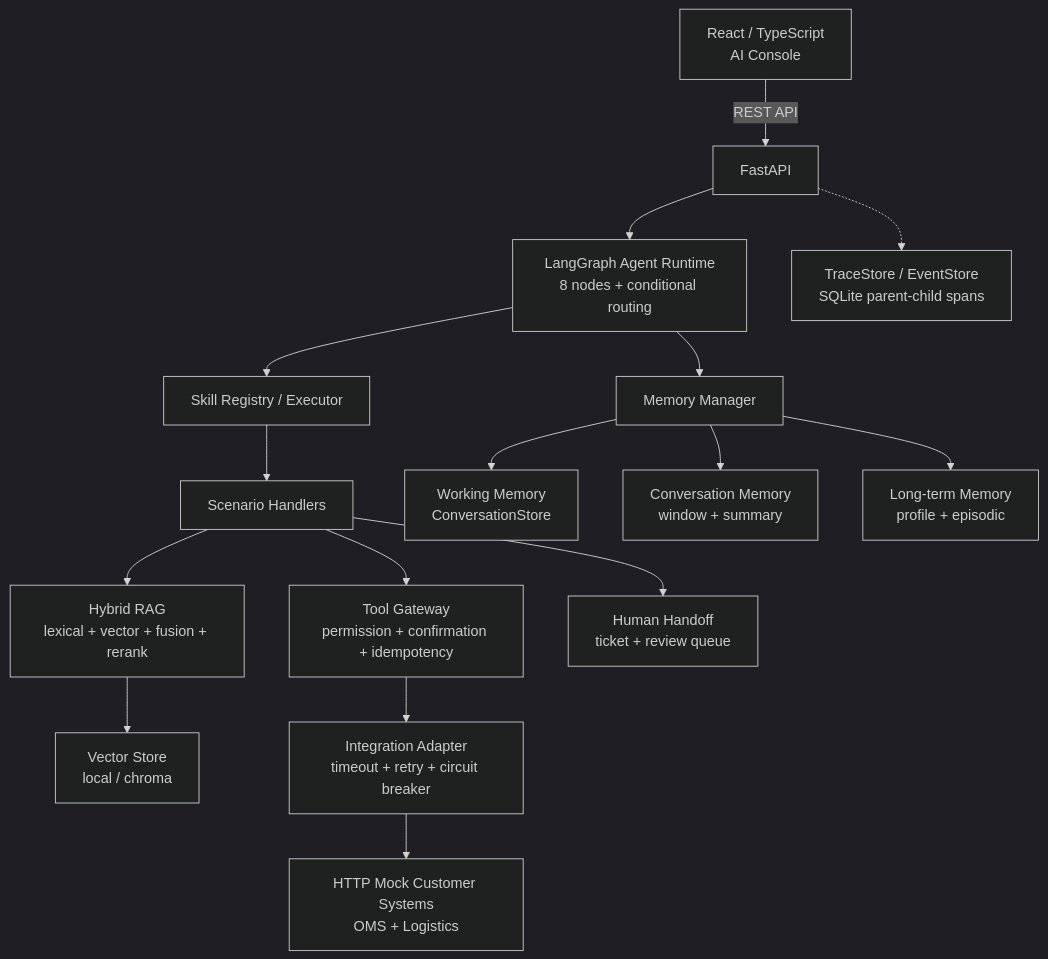
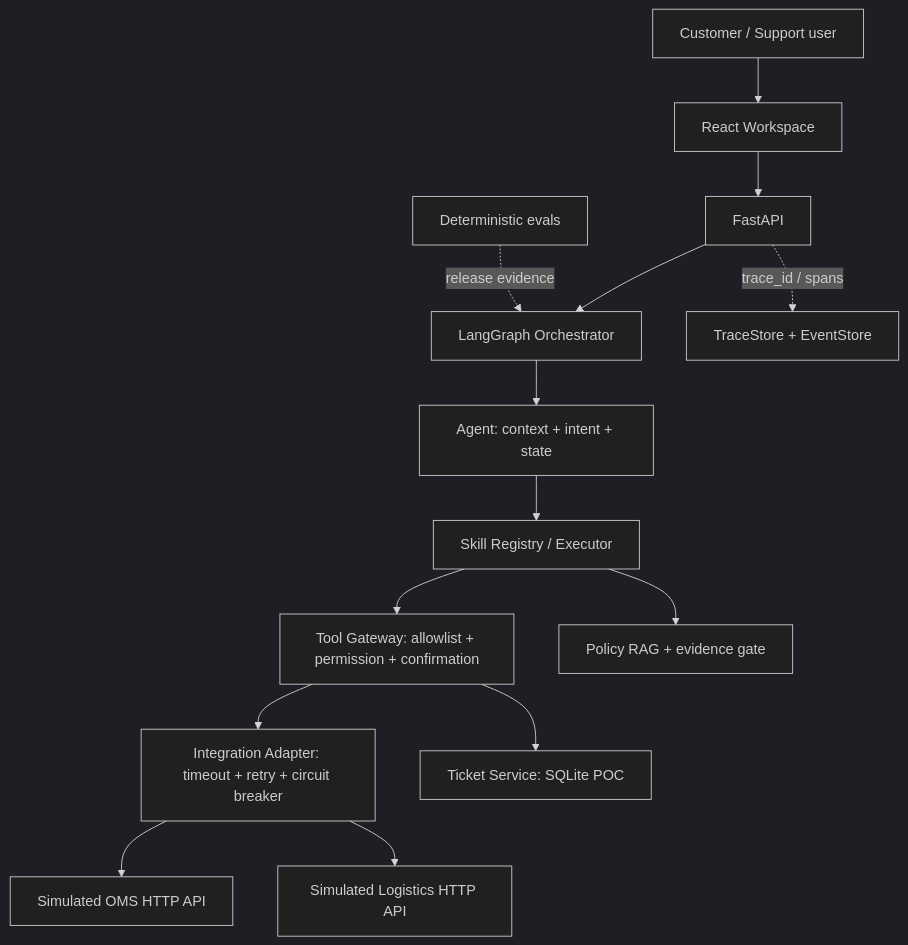
The first of 2 diagrams in README.md (jonji886/ai-support-delivery), drawn with Mermaid (dark theme) before and after one commit. The commit also changed other lines of this file and 36 other files, not shown here.

First line of the commit message:
feat: add OMS timeout demo, project metadata and sync tests/docs

````diff
--- a/README.md
+++ b/README.md
@@ -56,18 +113,16 @@
 ```mermaid
 flowchart TB
-    U[React / TypeScript<br/>AI Console] -->|REST API| API[FastAPI]
-    API --> G[LangGraph Agent Runtime<br/>8 nodes + conditional routing]
-    G --> S[Skill Registry / Executor]
-    S --> H[Scenario Handlers]
-    H --> T[Tool Gateway<br/>permission + confirmation + idempotency]
-    H --> RAG[Hybrid RAG<br/>lexical + vector + fusion + rerank]
-    H --> HANDOFF[Human Handoff<br/>ticket + review queue]
-    G --> MEM[Memory Manager]
-    MEM --> WM[Working Memory<br/>ConversationStore]
-    MEM --> CM[Conversation Memory<br/>window + summary]
-    MEM --> LTM[Long-term Memory<br/>profile + episodic]
-    RAG --> VS[Vector Store<br/>local / chroma]
-    T --> IA[Integration Adapter<br/>timeout + retry + circuit breaker]
-    IA --> MOCK[HTTP Mock Customer Systems<br/>OMS + Logistics]
-    API -.-> TRACE[TraceStore / EventStore<br/>SQLite parent-child spans]
+    U[Customer / Support user] --> W[React Workspace]
+    W --> API[FastAPI]
+    API --> G[LangGraph Orchestrator]
+    G --> A[Agent: context + intent + state]
+    A --> S[Skill Registry / Executor]
+    S --> T[Tool Gateway: allowlist + permission + confirmation]
+    T --> I[Integration Adapter: timeout + retry + circuit breaker]
+    I --> OMS[Simulated OMS HTTP API]
+    I --> LOGI[Simulated Logistics HTTP API]
+    T --> TK[Ticket Service: SQLite POC]
+    S --> RAG[Policy RAG + evidence gate]
+    API -. trace_id / spans .-> OBS[TraceStore + EventStore]
+    EVAL[Deterministic evals] -. release evidence .-> G
 ```
````
